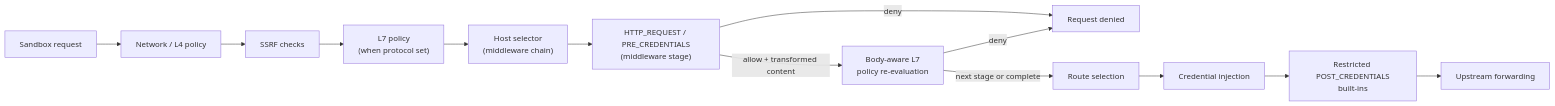
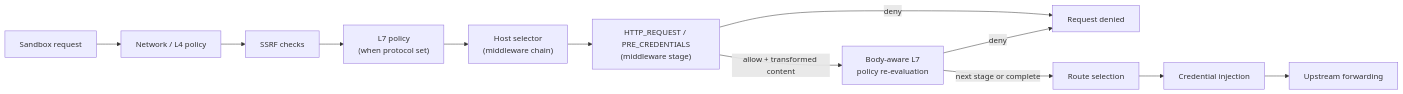
Before and after one commit to Hugoch/OpenShell: the second of 2 diagrams in rfc/0009-supervisor-middleware/README.md, drawn with Mermaid. The commit also changed other lines of this file and 44 other files, not shown here.

````diff
--- a/rfc/0009-supervisor-middleware/README.md
+++ b/rfc/0009-supervisor-middleware/README.md
@@ -118,15 +118,14 @@
 ```mermaid
 graph LR
     REQ["Sandbox request"] --> L4["Network / L4 policy"]
     L4 --> SSRF["SSRF checks"]
     SSRF --> L7["L7 policy<br/>(when protocol set)"]
     L7 --> SELECT["Host selector<br/>(middleware chain)"]
     SELECT --> HOOK["HTTP_REQUEST / PRE_CREDENTIALS<br/>(middleware stage)"]
     HOOK -->|"deny"| DENY["Request denied"]
     HOOK -->|"allow + transformed content"| RECHECK["Body-aware L7<br/>policy re-evaluation"]
     RECHECK -->|"deny"| DENY
     RECHECK -->|"next stage or complete"| ROUTE["Route selection"]
     ROUTE --> CRED["Credential injection"]
-    CRED --> SIGN["Restricted POST_CREDENTIALS<br/>built-ins"]
-    SIGN --> UP["Upstream forwarding"]
+    CRED --> UP["Upstream forwarding"]
 ```
````
